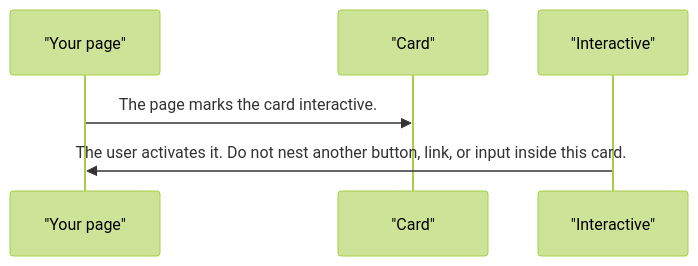
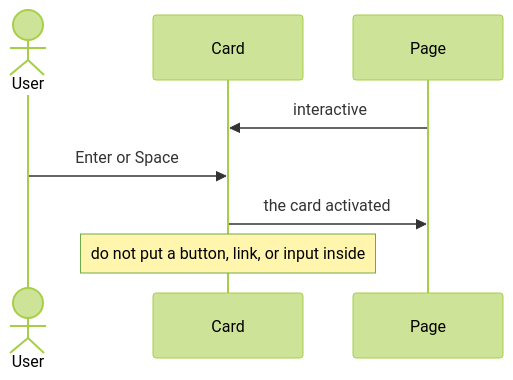
One commit to RajshekharBorate/pixel-ui changed the third of 5 diagrams in projects/pixel-ui/src/lib/pixel-card/DESIGN.md. Above: the diagram before and after it, drawn with Mermaid (forest theme). The commit also changed other lines of this file and 73 other files, not shown here.

Commit message:
Explain who owns each value and what each flow does in every component and service design.

````diff
--- a/projects/pixel-ui/src/lib/pixel-card/DESIGN.md
+++ b/projects/pixel-ui/src/lib/pixel-card/DESIGN.md
@@ -73,8 +89,10 @@
 ```mermaid
 sequenceDiagram
-  participant page as "Your page"
-  participant card as "Card"
-  participant press as "Interactive"
-  page->>card: The page marks the card interactive.
-  press->>page: The user activates it. Do not nest another button, link, or input inside this card.
+  actor User
+  participant Card
+  participant Page
+  Page->>Card: interactive
+  User->>Card: Enter or Space
+  Card->>Page: the card activated
+  Note over Card: do not put a button, link, or input inside
 ```
````
